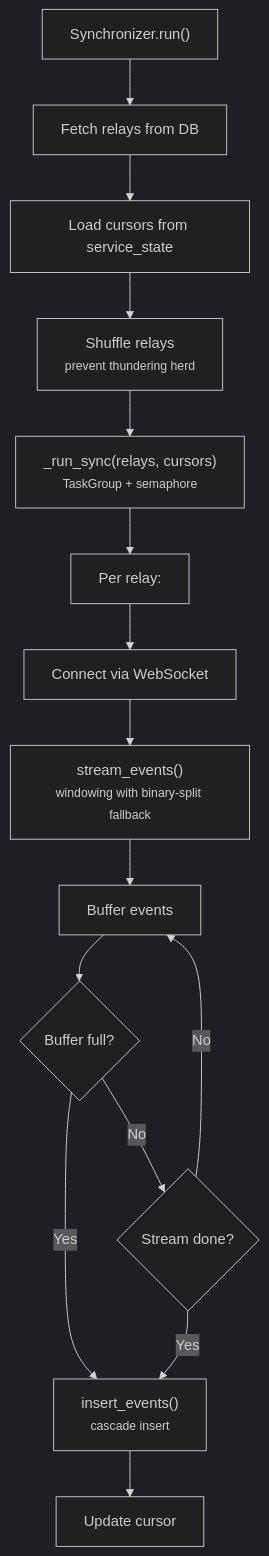
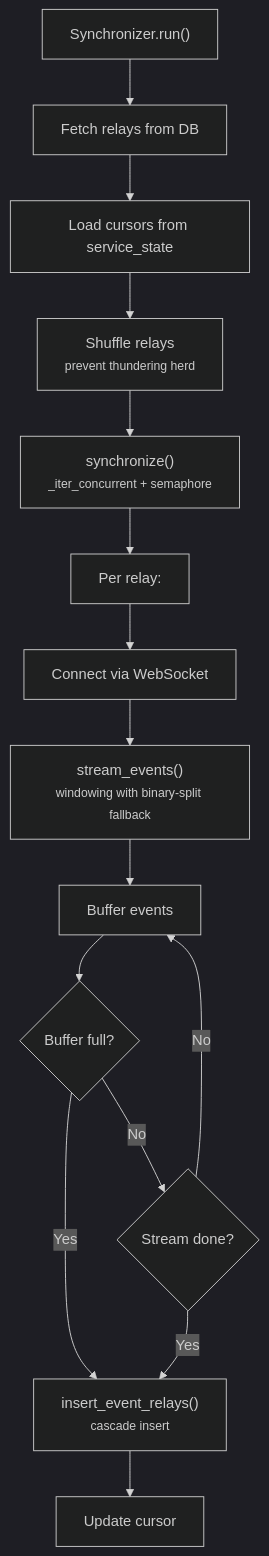
One commit to BigBrotr/bigbrotr changed the fourth of 5 diagrams in docs/user-guide/services.md. Above: the diagram before and after it, drawn with Mermaid (dark theme). The commit also changed other lines of this file and 2 other files, not shown here.

````diff
--- a/docs/user-guide/services.md
+++ b/docs/user-guide/services.md
@@ -287,18 +285,18 @@
 ```mermaid
 flowchart TD
     A["Synchronizer.run()"] --> B["Fetch relays from DB"]
     B --> C["Load cursors from service_state"]
     C --> D["Shuffle relays<br/><small>prevent thundering herd</small>"]
-    D --> E["_run_sync(relays, cursors)<br/><small>TaskGroup + semaphore</small>"]
+    D --> E["synchronize()<br/><small>_iter_concurrent + semaphore</small>"]
     E --> F["Per relay:"]
     F --> G["Connect via WebSocket"]
     G --> H["stream_events()<br/><small>windowing with binary-split fallback</small>"]
     H --> I["Buffer events"]
     I --> J{Buffer full?}
-    J -->|Yes| K["insert_events()<br/><small>cascade insert</small>"]
+    J -->|Yes| K["insert_event_relays()<br/><small>cascade insert</small>"]
     J -->|No| L{Stream done?}
     L -->|Yes| K
     L -->|No| I
     K --> M["Update cursor"]
 
 ```
````
